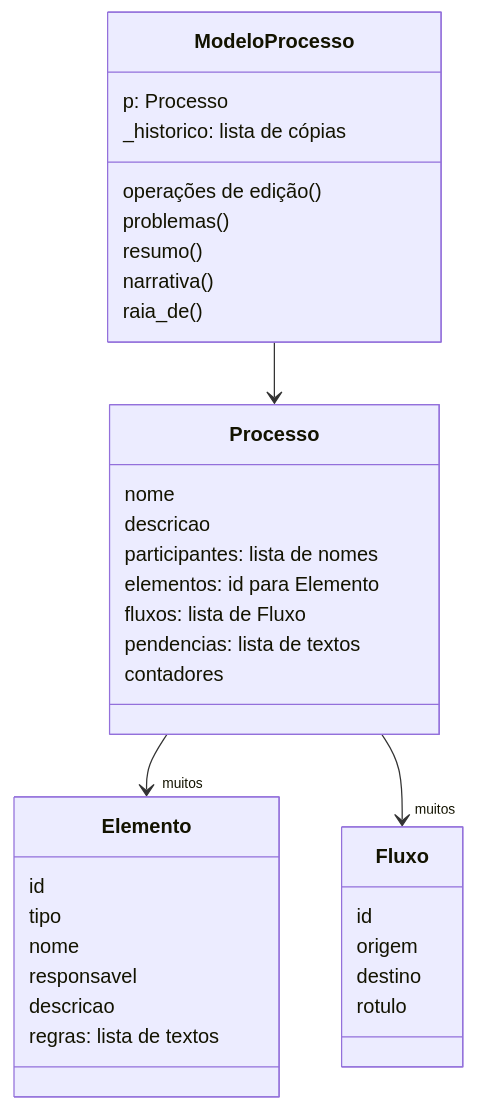
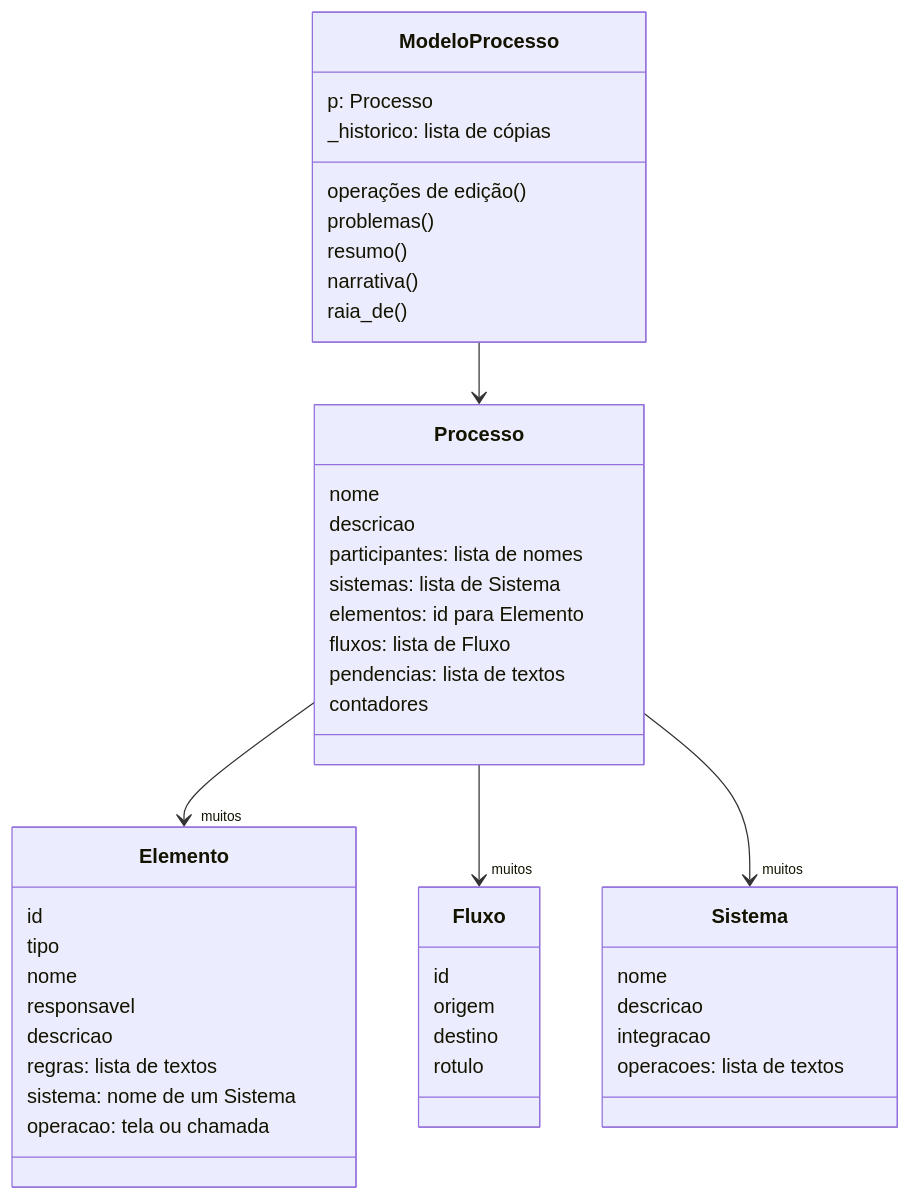
The second of 4 diagrams in docs/pecas/modelo.md (arthurparahyba/bpmn-agent), drawn with Mermaid before and after one commit. The commit also changed other lines of this file and 16 other files, not shown here.

````diff
--- a/docs/pecas/modelo.md
+++ b/docs/pecas/modelo.md
@@ -52,38 +52,48 @@
 ```mermaid
 classDiagram
     class ModeloProcesso {
         p: Processo
         _historico: lista de cópias
         operações de edição()
         problemas()
         resumo()
         narrativa()
         raia_de()
     }
     class Processo {
         nome
         descricao
         participantes: lista de nomes
+        sistemas: lista de Sistema
         elementos: id para Elemento
         fluxos: lista de Fluxo
         pendencias: lista de textos
         contadores
     }
     class Elemento {
         id
         tipo
         nome
         responsavel
         descricao
         regras: lista de textos
+        sistema: nome de um Sistema
+        operacao: tela ou chamada
+    }
+    class Sistema {
+        nome
+        descricao
+        integracao
+        operacoes: lista de textos
     }
     class Fluxo {
         id
         origem
         destino
         rotulo
     }
     ModeloProcesso --> Processo
     Processo --> "muitos" Elemento
     Processo --> "muitos" Fluxo
+    Processo --> "muitos" Sistema
 ```
````
